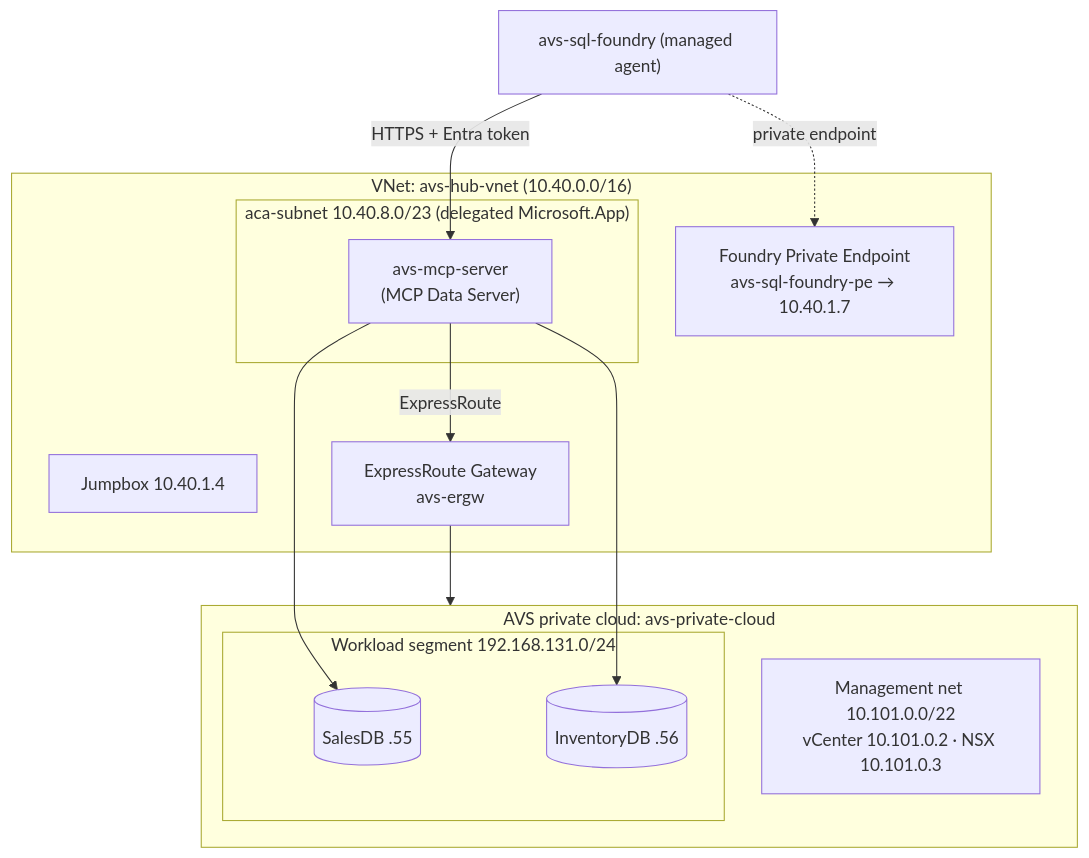
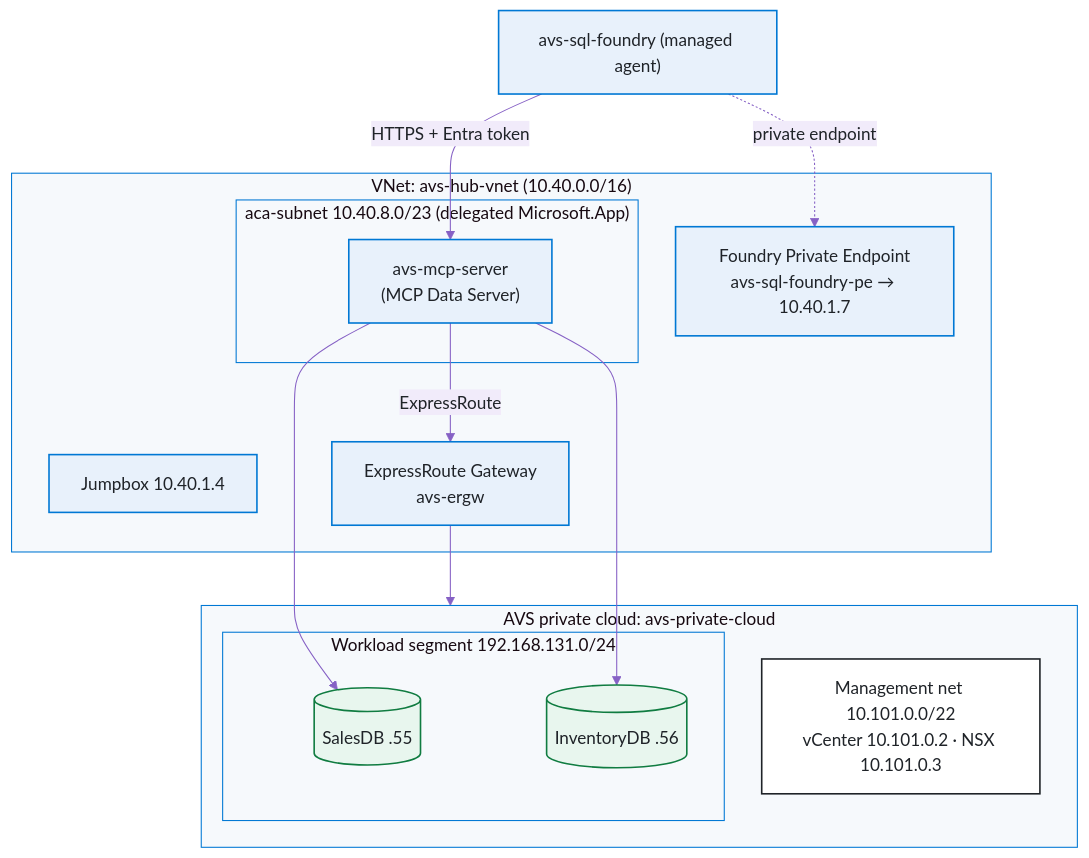
One commit to nivasn-msft/AVS-workload-agent changed the second of 3 diagrams in docs/blog.md. Above: the diagram before and after it, drawn with Mermaid. The commit also changed other lines of this file and 10 other files, not shown here.

First line of the commit message:
docs: replace mermaid diagrams with Azure-styled SVGs

````diff
--- a/docs/blog.md
+++ b/docs/blog.md
@@ -98,24 +110,36 @@
 ```mermaid
+%%{init: {'theme':'base','themeVariables':{
+  'fontFamily':'Segoe UI, -apple-system, sans-serif',
+  'primaryColor':'#E8F1FB','primaryTextColor':'#1F2328','primaryBorderColor':'#0078D4',
+  'lineColor':'#8661C5','secondaryColor':'#F1EBFA','tertiaryColor':'#E8F6EE',
+  'clusterBkg':'#F6F9FC','clusterBorder':'#0078D4'}}}%%
 flowchart TB
     subgraph vnet["VNet: avs-hub-vnet (10.40.0.0/16)"]
         JB["Jumpbox 10.40.1.4"]
         subgraph aca["aca-subnet 10.40.8.0/23 (delegated Microsoft.App)"]
             MCP["avs-mcp-server<br/>(MCP Data Server)"]
         end
         PE["Foundry Private Endpoint<br/>avs-sql-foundry-pe → 10.40.1.7"]
         GW["ExpressRoute Gateway<br/>avs-ergw"]
     end
     subgraph avs["AVS private cloud: avs-private-cloud"]
         MGMT["Management net 10.101.0.0/22<br/>vCenter 10.101.0.2 · NSX 10.101.0.3"]
         subgraph seg["Workload segment 192.168.131.0/24"]
             DB1[("SalesDB .55")]
             DB2[("InventoryDB .56")]
         end
     end
     FDRY["avs-sql-foundry (managed agent)"]
     MCP -->|ExpressRoute| GW --> avs
     MCP --> DB1
     MCP --> DB2
     FDRY -. private endpoint .-> PE
     FDRY -->|HTTPS + Entra token| MCP
+
+    classDef azure fill:#E8F1FB,stroke:#0078D4,stroke-width:1.5px,color:#1F2328;
+    classDef avs fill:#FFFFFF,stroke:#1F2328,stroke-width:1.5px,color:#1F2328;
+    classDef data fill:#E8F6EE,stroke:#107C41,stroke-width:1.5px,color:#1F2328;
+    class MCP,PE,GW,JB,FDRY azure;
+    class MGMT avs;
+    class DB1,DB2 data;
 ```
````
